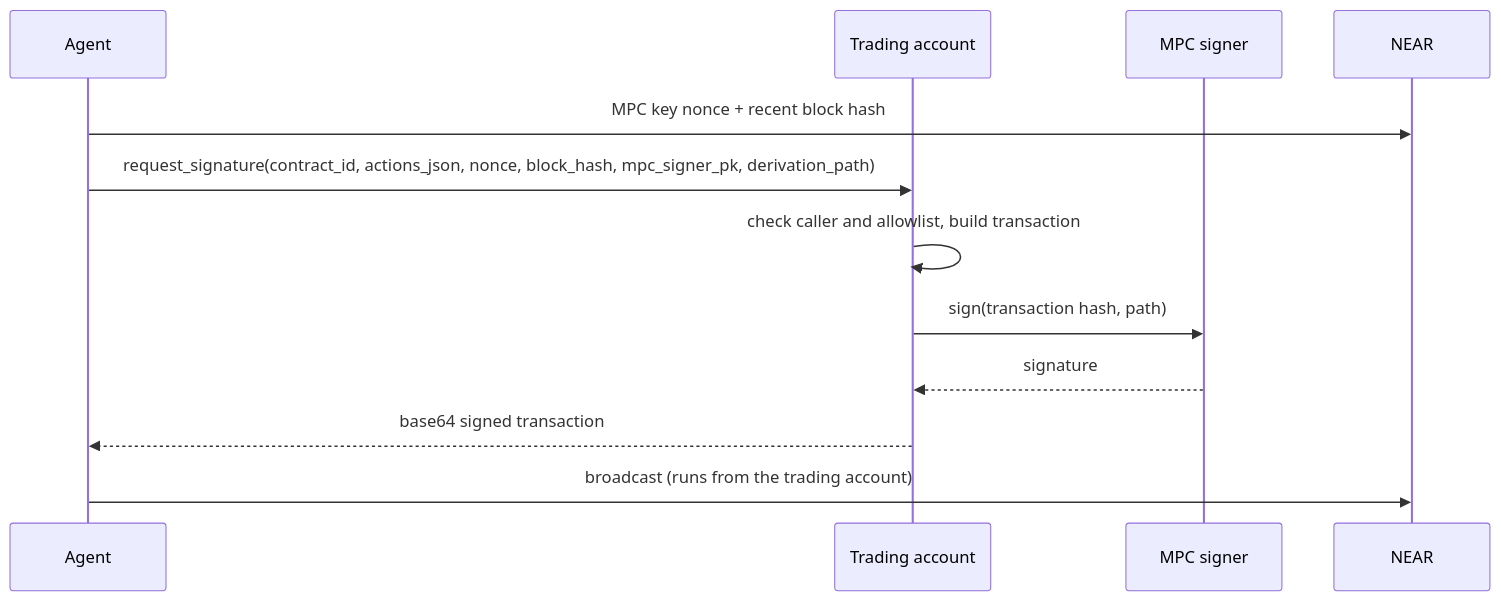
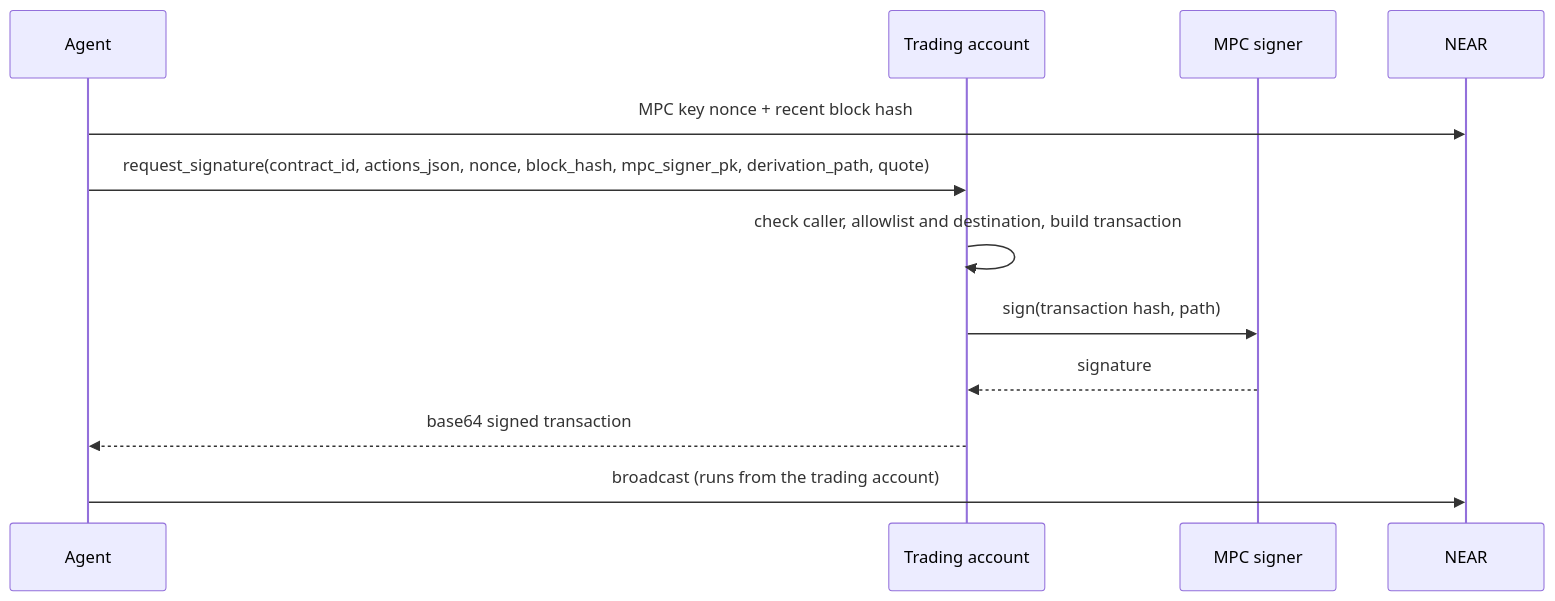
The diagram in docs/trading-account.md (beneviolabs/autonomous-trading-account), drawn with Mermaid before and after one commit. The commit also changed other lines of this file and 9 other files, not shown here.

First line of the commit message:
Restrict request_signature outflows to the user's accounts

````diff
--- a/docs/trading-account.md
+++ b/docs/trading-account.md
@@ -56,15 +65,15 @@
    ```mermaid
    sequenceDiagram
        participant Agent as Agent
        participant TA as Trading account
        participant MPC as MPC signer
        participant NEAR as NEAR
 
        Agent->>NEAR: MPC key nonce + recent block hash
-       Agent->>TA: request_signature(contract_id, actions_json, nonce, block_hash, mpc_signer_pk, derivation_path)
-       TA->>TA: check caller and allowlist, build transaction
+       Agent->>TA: request_signature(contract_id, actions_json, nonce, block_hash, mpc_signer_pk, derivation_path, quote)
+       TA->>TA: check caller, allowlist and destination, build transaction
        TA->>MPC: sign(transaction hash, path)
        MPC-->>TA: signature
        TA-->>Agent: base64 signed transaction
        Agent->>NEAR: broadcast (runs from the trading account)
    ```
````
